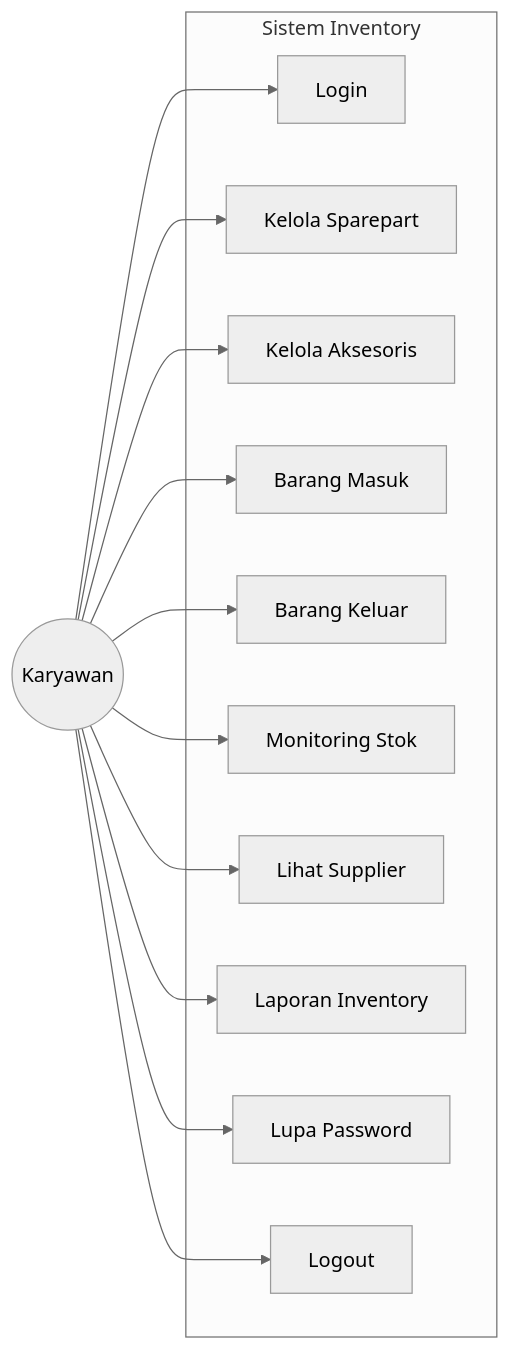
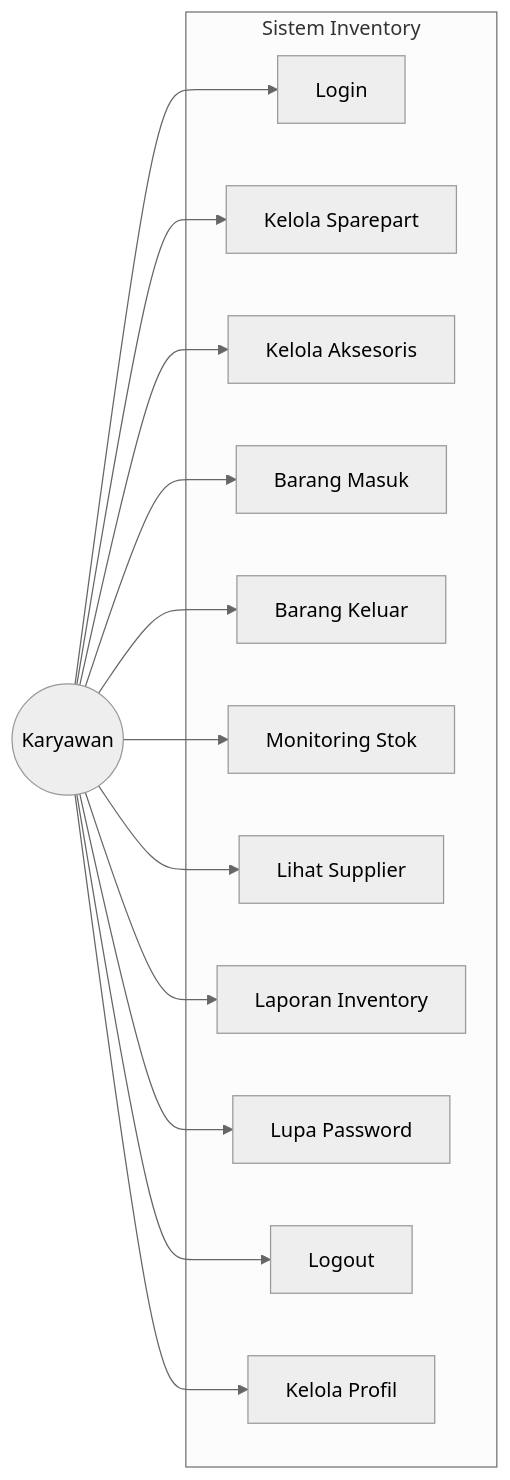
Before and after one commit to nestorzamili/ta-aswan: the second of 7 diagrams in docs/04-diagram-uml.md, drawn with Mermaid (neutral theme). The commit also changed other lines of this file and 53 other files, not shown here.

````diff
--- a/docs/04-diagram-uml.md
+++ b/docs/04-diagram-uml.md
@@ -59,26 +62,28 @@
 ```mermaid
 flowchart LR
     karyawan((Karyawan))
     subgraph system [Sistem Inventory]
         UC1[Login]
         UC2[Kelola Sparepart]
         UC3[Kelola Aksesoris]
         UC4[Barang Masuk]
         UC5[Barang Keluar]
         UC6[Monitoring Stok]
         UC7[Lihat Supplier]
         UC8[Laporan Inventory]
         UC9[Lupa Password]
         UC10[Logout]
+        UC11[Kelola Profil]
     end
     karyawan --> UC1
     karyawan --> UC2
     karyawan --> UC3
     karyawan --> UC4
     karyawan --> UC5
     karyawan --> UC6
     karyawan --> UC7
     karyawan --> UC8
     karyawan --> UC9
     karyawan --> UC10
+    karyawan --> UC11
 ```
````
